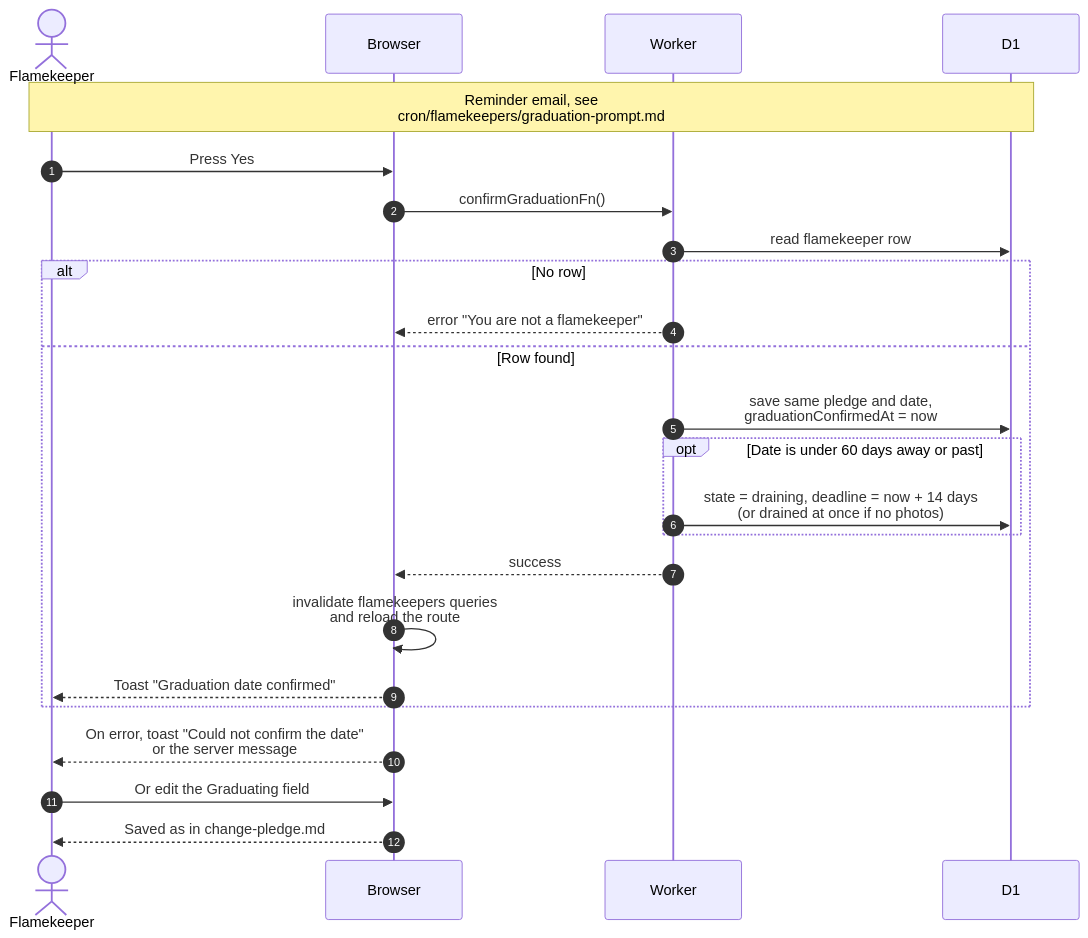
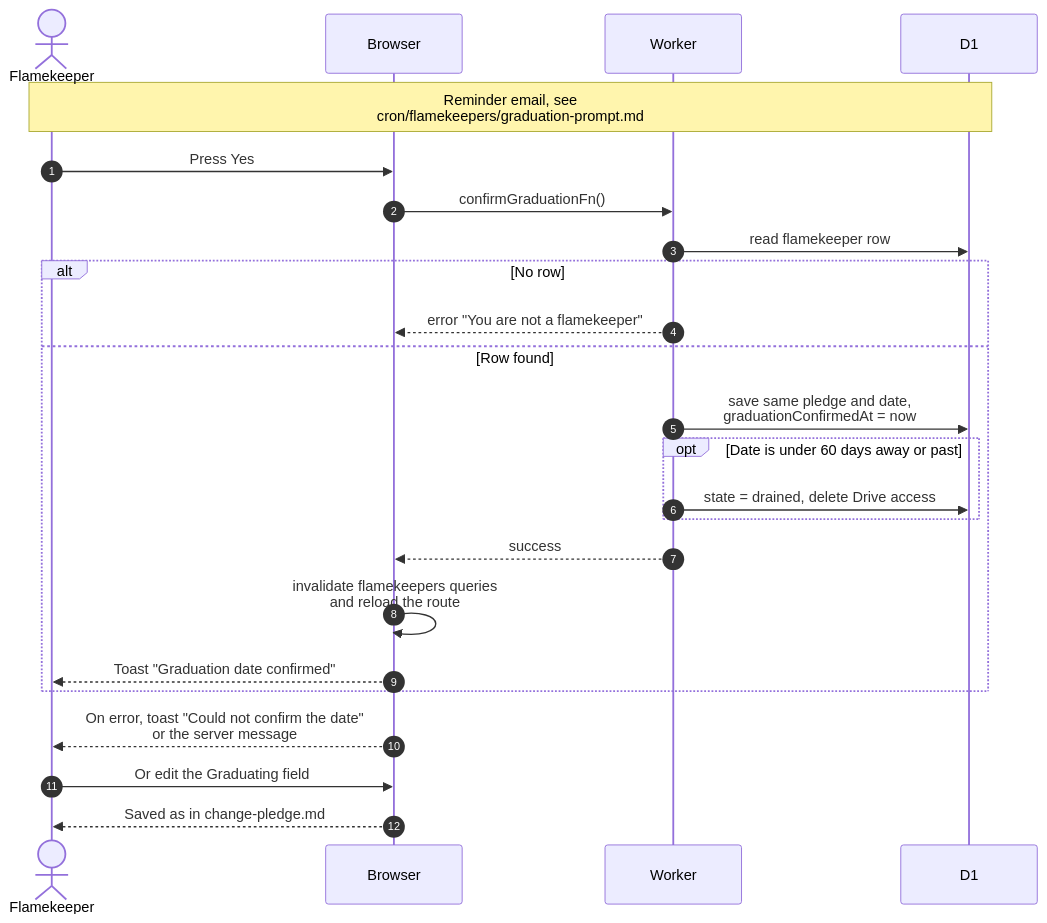
The diagram in docs/scenarios/flamekeepers/confirm-graduation.md (sagyzdop/meriksirat), drawn with Mermaid before and after one commit. The commit also changed other lines of this file and 74 other files, not shown here.

````diff
--- a/docs/scenarios/flamekeepers/confirm-graduation.md
+++ b/docs/scenarios/flamekeepers/confirm-graduation.md
@@ -20,26 +20,26 @@
 ```mermaid
 sequenceDiagram
     autonumber
     actor F as Flamekeeper
     participant Browser
     participant Worker
     participant D1
     Note over F,D1: Reminder email, see<br/>cron/flamekeepers/graduation-prompt.md
     F->>Browser: Press Yes
     Browser->>Worker: confirmGraduationFn()
     Worker->>D1: read flamekeeper row
     alt No row
         Worker-->>Browser: error "You are not a flamekeeper"
     else Row found
         Worker->>D1: save same pledge and date,<br/>graduationConfirmedAt = now
         opt Date is under 60 days away or past
-            Worker->>D1: state = draining, deadline = now + 14 days<br/>(or drained at once if no photos)
+            Worker->>D1: state = drained, delete Drive access
         end
         Worker-->>Browser: success
         Browser->>Browser: invalidate flamekeepers queries<br/>and reload the route
         Browser-->>F: Toast "Graduation date confirmed"
     end
     Browser-->>F: On error, toast "Could not confirm the date"<br/>or the server message
     F->>Browser: Or edit the Graduating field
     Browser-->>F: Saved as in change-pledge.md
 ```
````
